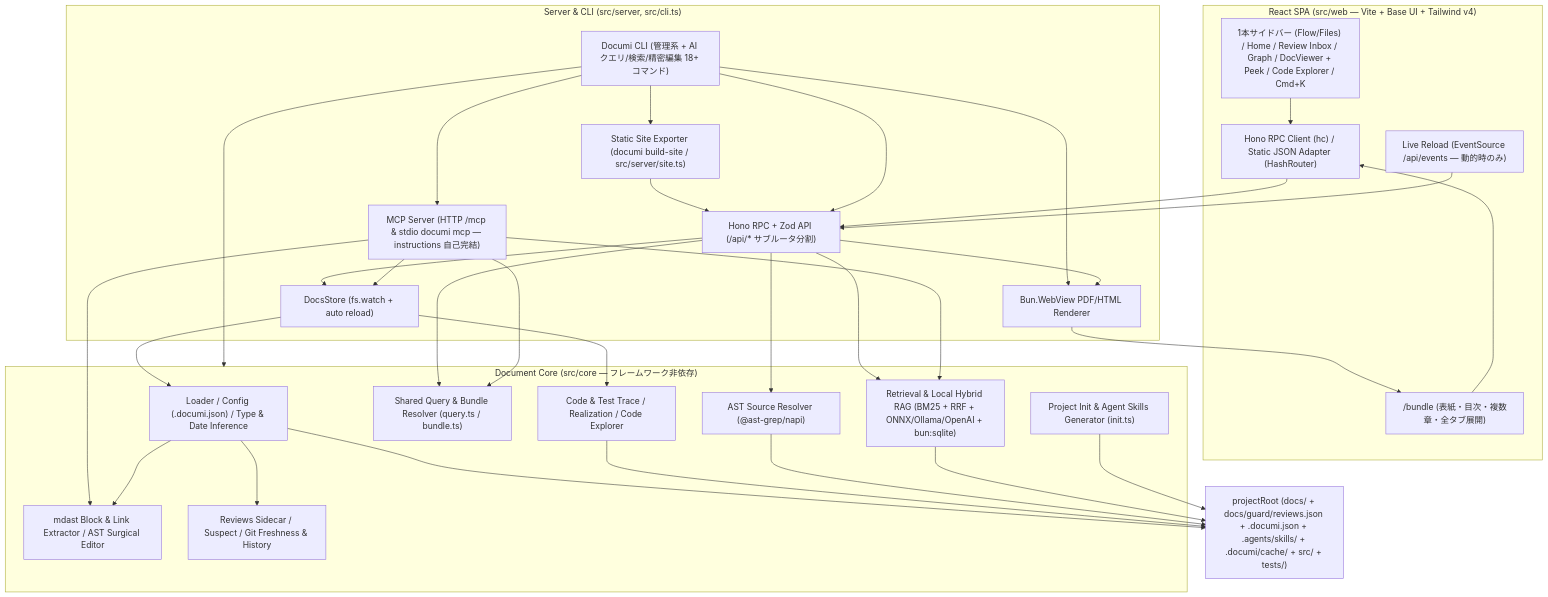
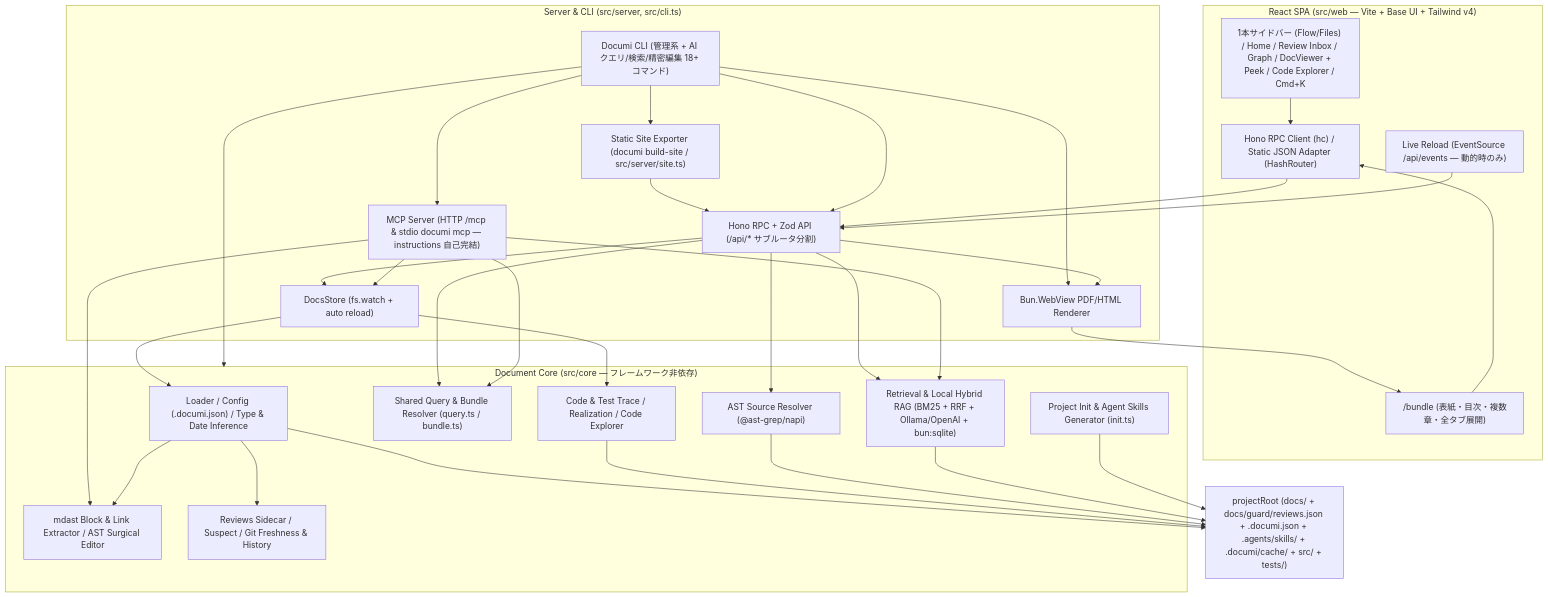
One commit to naatin777/documi changed the diagram in docs/architecture/system-overview.mdx. Above: the diagram before and after it, drawn with Mermaid. The commit also changed 21 other files, not shown here.

````diff
--- a/docs/architecture/system-overview.mdx
+++ b/docs/architecture/system-overview.mdx
@@ -12,61 +12,61 @@
 ```mermaid
 flowchart TB
     subgraph Client["React SPA (src/web — Vite + Base UI + Tailwind v4)"]
         UI["1本サイドバー (Flow/Files) / Home / Review Inbox / Graph / DocViewer + Peek / Code Explorer / Cmd+K"]
         ClientAdapter["Hono RPC Client (hc<ApiRoutes>) / Static JSON Adapter (HashRouter)"]
         BundleUI["/bundle (表紙・目次・複数章・全タブ展開)"]
         SSE["Live Reload (EventSource /api/events — 動的時のみ)"]
     end
 
     subgraph Entry["Server & CLI (src/server, src/cli.ts)"]
         API["Hono RPC + Zod API (/api/* サブルータ分割)"]
         MCP["MCP Server (HTTP /mcp & stdio documi mcp — instructions 自己完結)"]
         PDF["Bun.WebView PDF/HTML Renderer"]
         Site["Static Site Exporter (documi build-site / src/server/site.ts)"]
         CLI["Documi CLI (管理系 + AI クエリ/検索/精密編集 18+ コマンド)"]
         Store["DocsStore (fs.watch + auto reload)"]
     end
 
     subgraph Core["Document Core (src/core — フレームワーク非依存)"]
         Loader["Loader / Config (.documi.json) / Type & Date Inference"]
         Mdx["mdast Block & Link Extractor / AST Surgical Editor"]
         Reviews["Reviews Sidecar / Suspect / Git Freshness & History"]
         Trace["Code & Test Trace / Realization / Code Explorer"]
         Query["Shared Query & Bundle Resolver (query.ts / bundle.ts)"]
-        Rag["Retrieval & Local Hybrid RAG (BM25 + RRF + ONNX/Ollama/OpenAI + bun:sqlite)"]
+        Rag["Retrieval & Local Hybrid RAG (BM25 + RRF + Ollama/OpenAI + bun:sqlite)"]
         Source["AST Source Resolver (@ast-grep/napi)"]
         Init["Project Init & Agent Skills Generator (init.ts)"]
     end
 
     FS["projectRoot (docs/ + docs/guard/reviews.json + .documi.json + .agents/skills/ + .documi/cache/ + src/ + tests/)"]
 
     UI --> ClientAdapter
     BundleUI --> ClientAdapter
     ClientAdapter --> API
     SSE --> API
     PDF --> BundleUI
     Site --> API
     CLI --> Core
     CLI --> API
     CLI --> MCP
     CLI --> PDF
     CLI --> Site
     API --> Store
     API --> PDF
     API --> Query
     API --> Rag
     API --> Source
     MCP --> Store
     MCP --> Query
     MCP --> Rag
     MCP --> Mdx
     Store --> Loader
     Loader --> Mdx
     Loader --> Reviews
     Store --> Trace
     Loader --> FS
     Trace --> FS
     Source --> FS
     Rag --> FS
     Init --> FS
 ```
````
